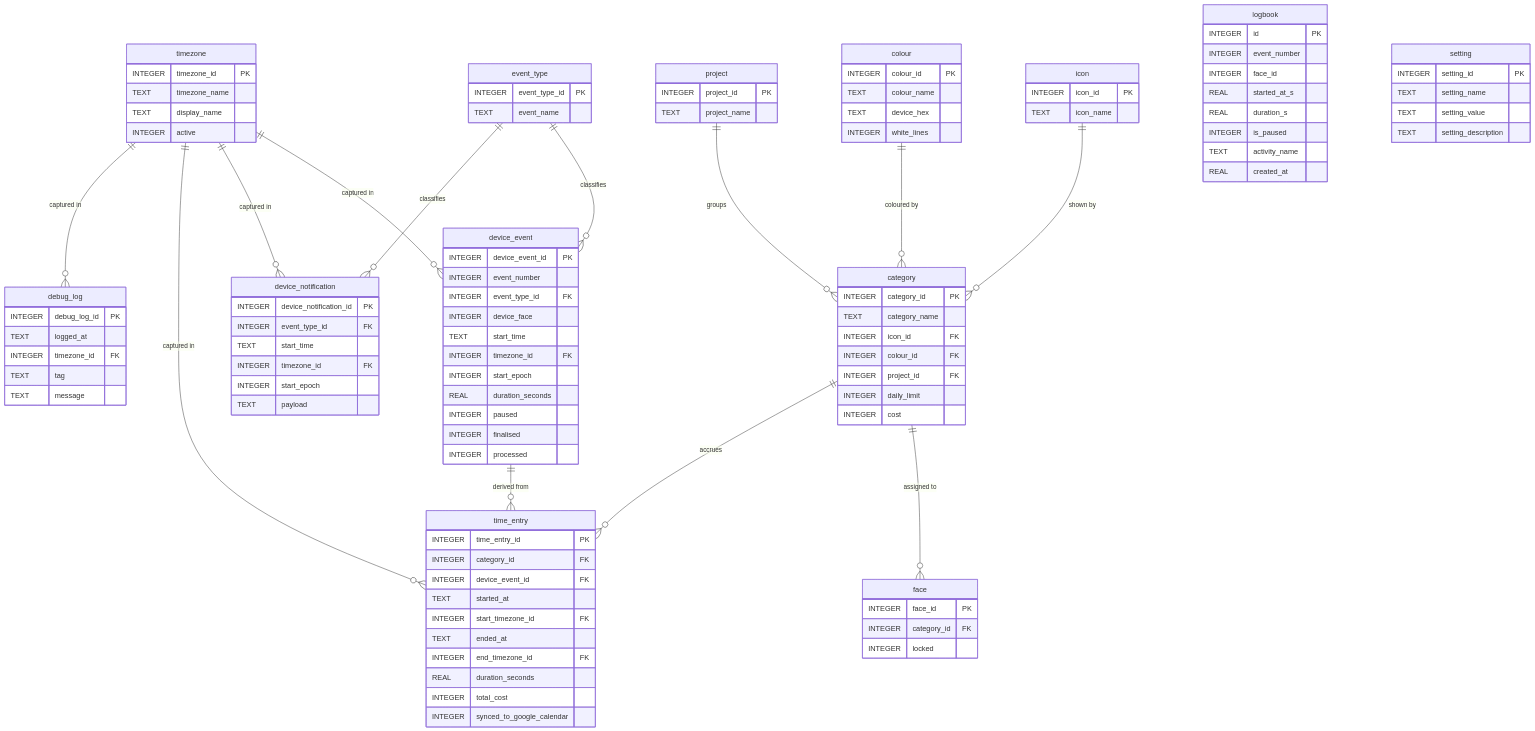
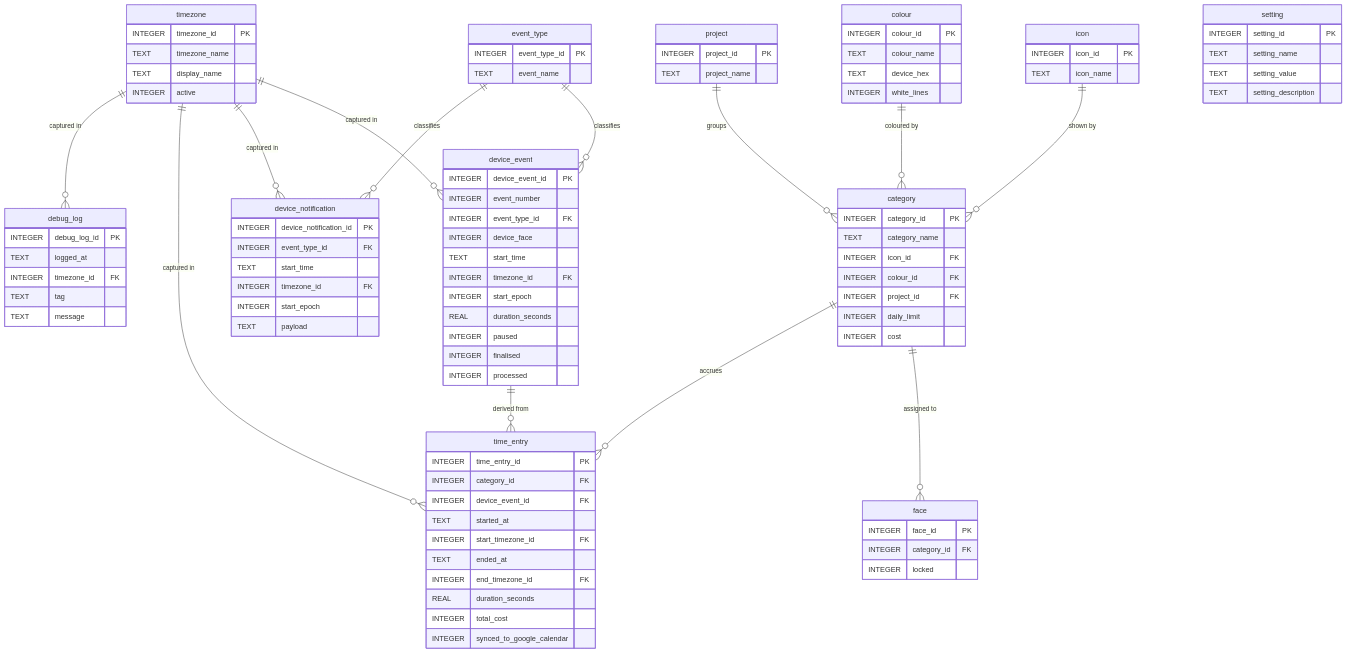
Before and after one commit to tuxcomputers/TimeFlipApp: the diagram in database/ER-diagram.md, drawn with Mermaid. The commit also changed other lines of this file and 11 other files, not shown here.

```diff
--- a/database/ER-diagram.md
+++ b/database/ER-diagram.md
@@ -105,17 +105,6 @@
         INTEGER synced_to_google_calendar
     }
 
-    logbook {
-        INTEGER id PK
-        INTEGER event_number
-        INTEGER face_id
-        REAL    started_at_s
-        REAL    duration_s
-        INTEGER is_paused
-        TEXT    activity_name
-        REAL    created_at
-    }
-
     setting {
         INTEGER setting_id PK
         TEXT    setting_name
```
